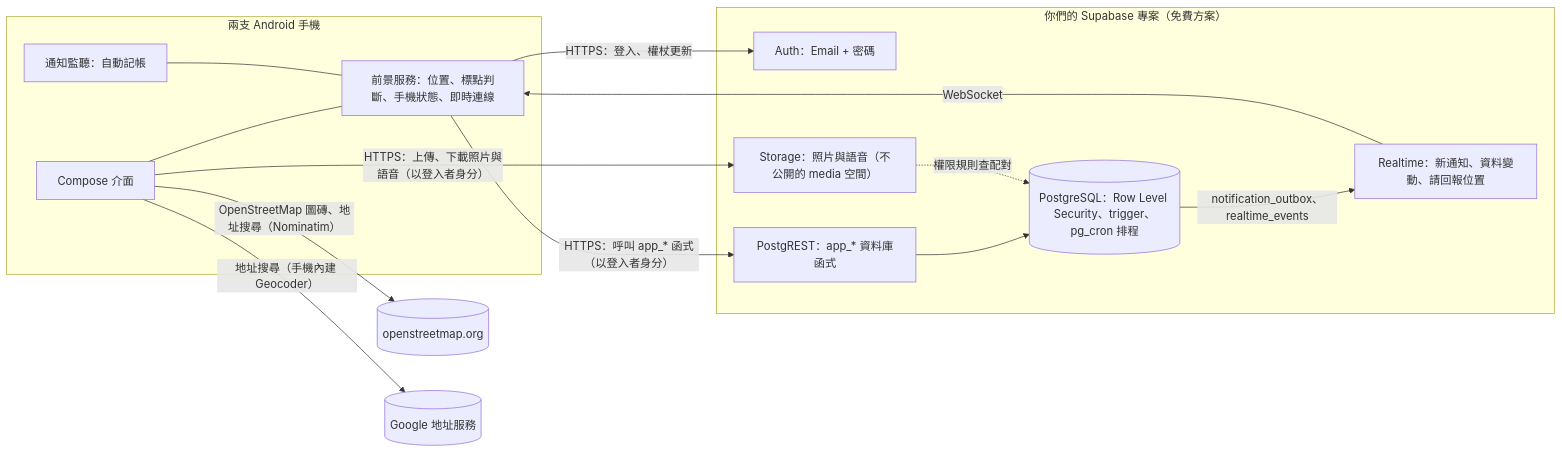
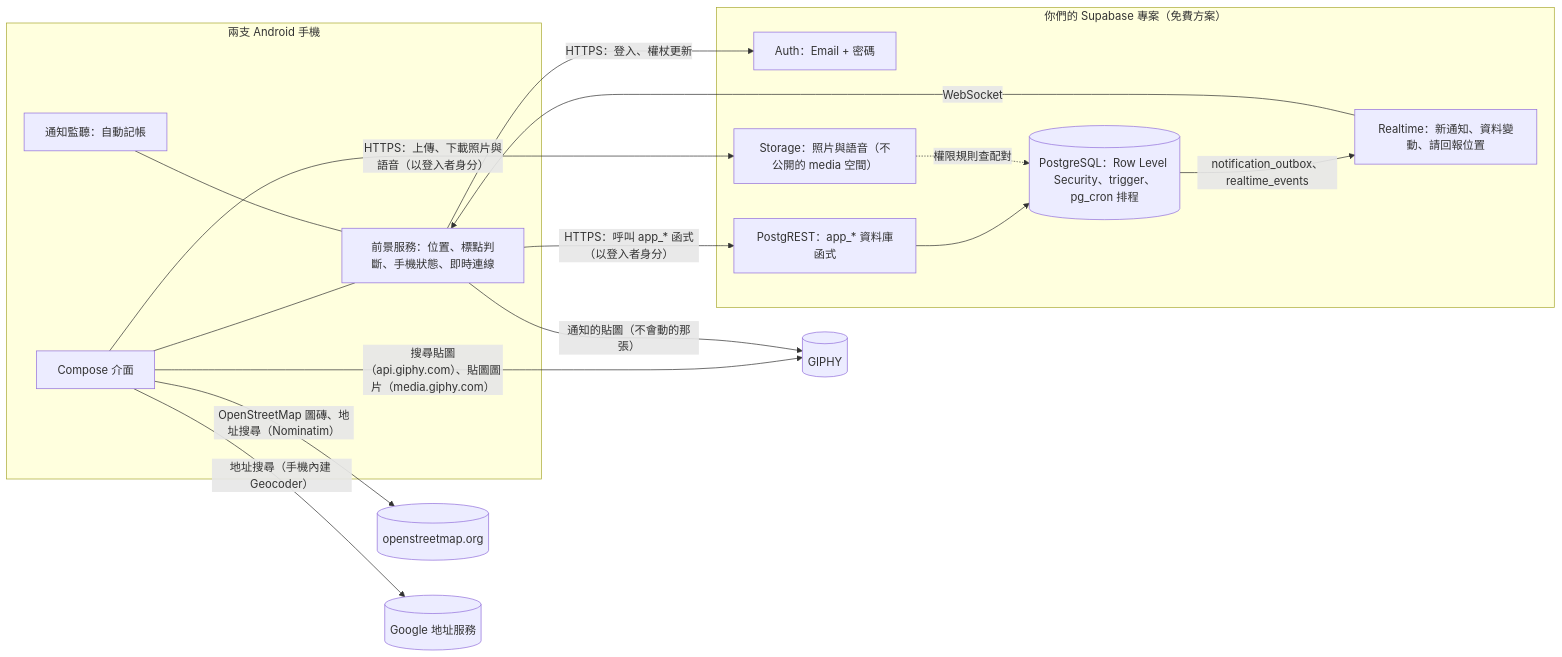
Before and after one commit to FalseEnd/Claude: the diagram in docs/DESIGN.md, drawn with Mermaid. The commit also changed other lines of this file and 3 other files, not shown here.

````diff
--- a/docs/DESIGN.md
+++ b/docs/DESIGN.md
@@ -276,23 +329,25 @@
 ```mermaid
 flowchart LR
   subgraph Phones["兩支 Android 手機"]
     UI[Compose 介面] --- SVC[前景服務：位置、標點判斷、手機狀態、即時連線]
     NL[通知監聽：自動記帳] --- SVC
   end
   subgraph SB["你們的 Supabase 專案（免費方案）"]
     AUTH[Auth：Email + 密碼]
     API[PostgREST：app_* 資料庫函式]
     DB[(PostgreSQL：Row Level Security、trigger、pg_cron 排程)]
     RT[Realtime：新通知、資料變動、請回報位置]
     STO[Storage：照片與語音（不公開的 media 空間）]
   end
   SVC -- HTTPS：登入、權杖更新 --> AUTH
   SVC -- HTTPS：呼叫 app_* 函式（以登入者身分） --> API
   API --> DB
   DB -- notification_outbox、realtime_events --> RT
   RT -- WebSocket --> SVC
   UI -- HTTPS：上傳、下載照片與語音（以登入者身分） --> STO
   STO -. 權限規則查配對 .-> DB
   UI -- OpenStreetMap 圖磚、地址搜尋（Nominatim） --> OSM[(openstreetmap.org)]
   UI -- 地址搜尋（手機內建 Geocoder） --> GEO[(Google 地址服務)]
+  UI -- 搜尋貼圖（api.giphy.com）、貼圖圖片（media.giphy.com） --> GIPHY[(GIPHY)]
+  SVC -- 通知的貼圖（不會動的那張） --> GIPHY
 ```
````
